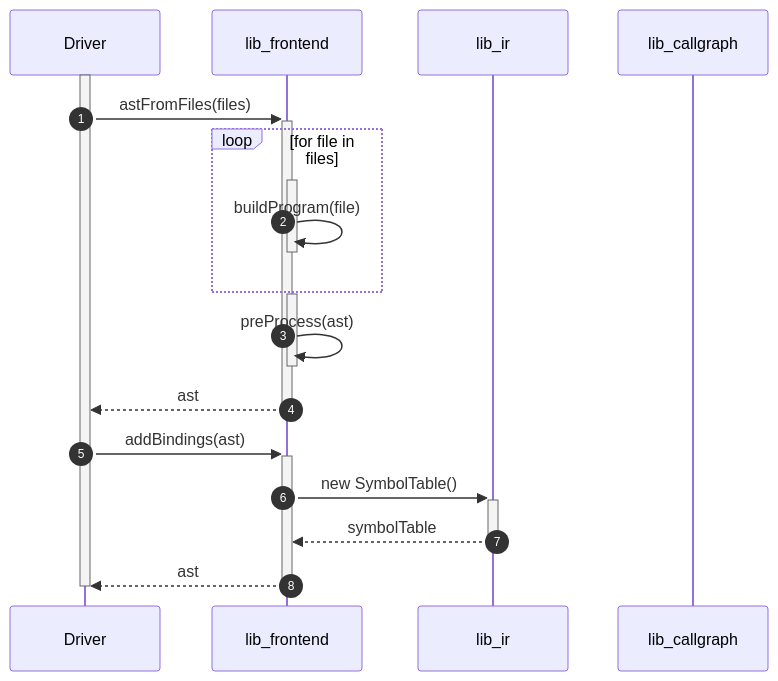
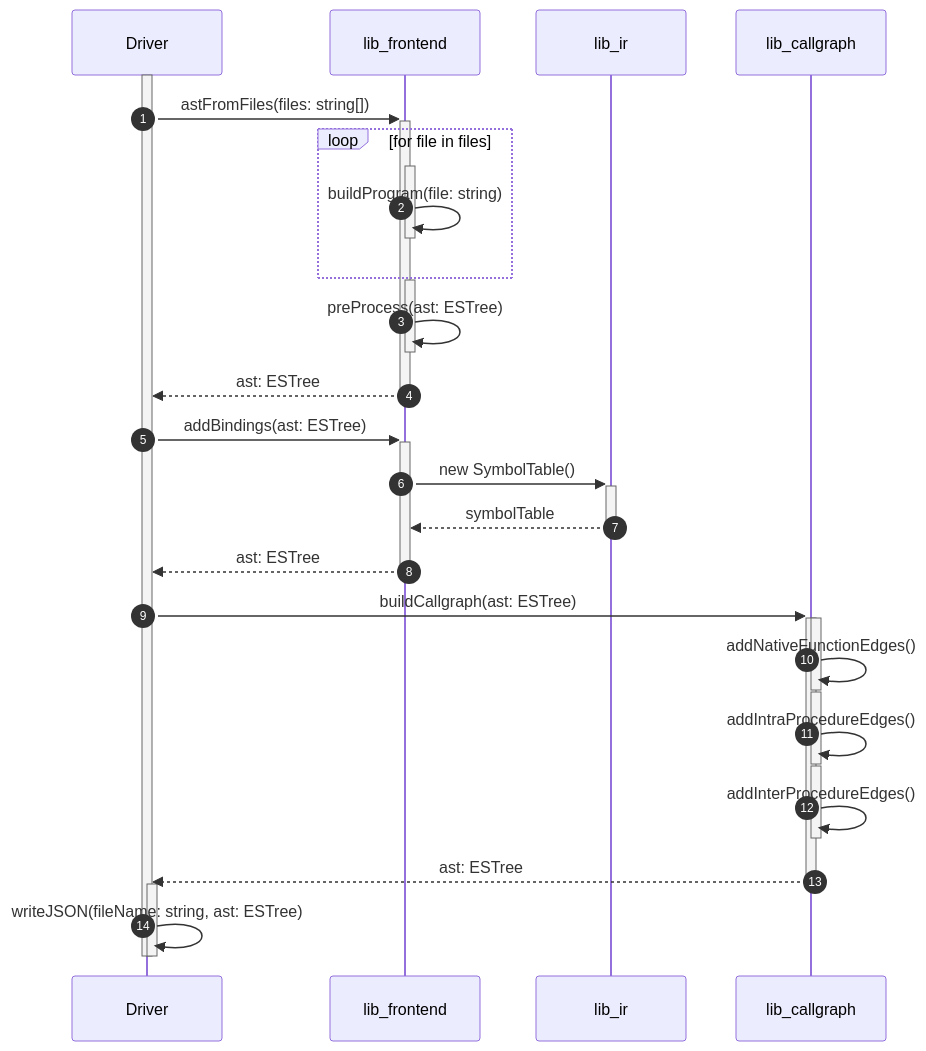
One commit to ticklepoke/say-js changed the diagram in docs/diagrams/sequence.mmd. Above: the diagram before and after it, drawn with Mermaid. The commit also changed 3 other files, not shown here.

Commit message:
docs: Updated diagrams

```diff
--- a/docs/diagrams/sequence.mmd
+++ b/docs/diagrams/sequence.mmd
@@ -1,22 +1,36 @@
 sequenceDiagram
     participant Driver
     participant lib_frontend
     participant lib_ir
     participant lib_callgraph
     autonumber
     Activate Driver
-    Driver->>+lib_frontend: astFromFiles(files)
+    Driver->>+lib_frontend: astFromFiles(files: string[])
     loop for file in files
         Activate lib_frontend
-        lib_frontend->>lib_frontend: buildProgram(file)
+        lib_frontend->>lib_frontend: buildProgram(file: string)
         Deactivate lib_frontend
     end
     Activate lib_frontend
-    lib_frontend->>lib_frontend: preProcess(ast)
+    lib_frontend->>lib_frontend: preProcess(ast: ESTree)
     Deactivate lib_frontend
-    lib_frontend-->>-Driver: ast
-    Driver->>+lib_frontend: addBindings(ast)
+    lib_frontend-->>-Driver: ast: ESTree
+    Driver->>+lib_frontend: addBindings(ast: ESTree)
     lib_frontend->>+lib_ir: new SymbolTable()
     lib_ir-->>-lib_frontend: symbolTable
-    lib_frontend-->>-Driver: ast
+    lib_frontend-->>-Driver: ast: ESTree
+    Driver->>+lib_callgraph: buildCallgraph(ast: ESTree)
+    Activate lib_callgraph
+    lib_callgraph->>lib_callgraph: addNativeFunctionEdges()
+    Deactivate lib_callgraph
+    Activate lib_callgraph
+    lib_callgraph->>lib_callgraph: addIntraProcedureEdges()
+    Deactivate lib_callgraph
+    Activate lib_callgraph
+    lib_callgraph->>lib_callgraph: addInterProcedureEdges()
+    Deactivate lib_callgraph
+    lib_callgraph-->>-Driver: ast: ESTree
+    Activate Driver
+    Driver->>Driver: writeJSON(fileName: string, ast: ESTree)
     Deactivate Driver
+    Deactivate Driver
```
